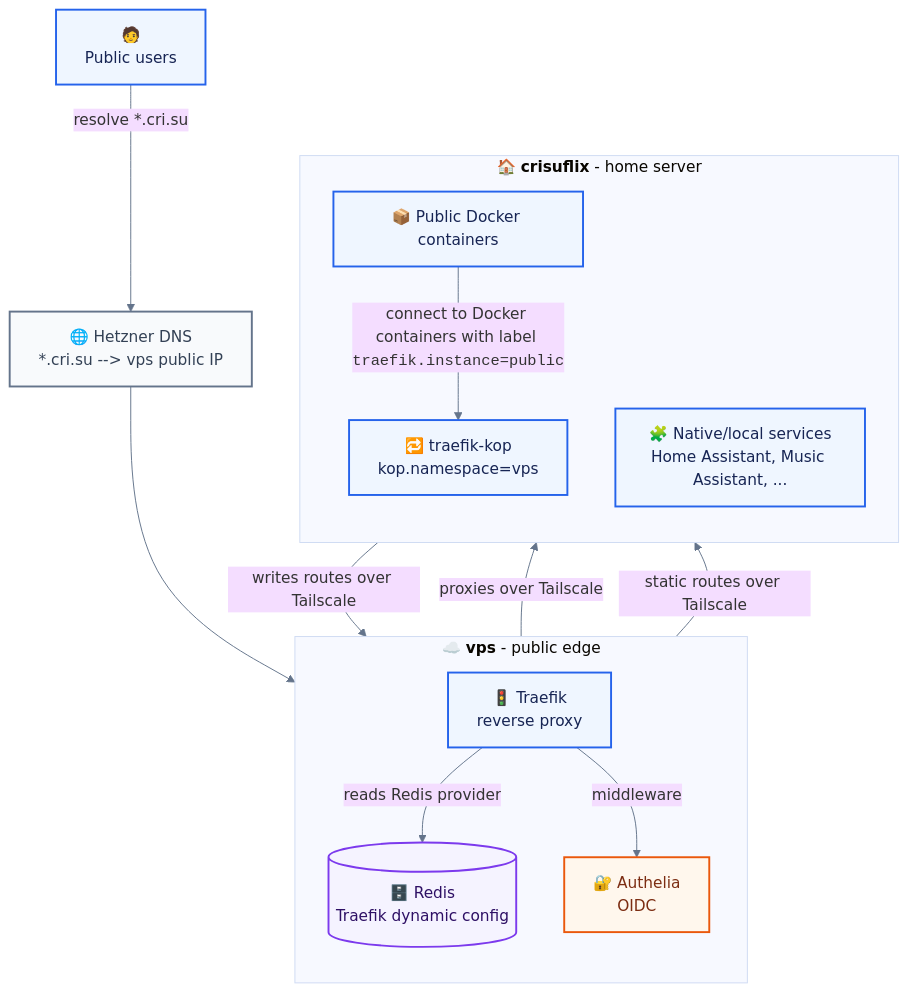
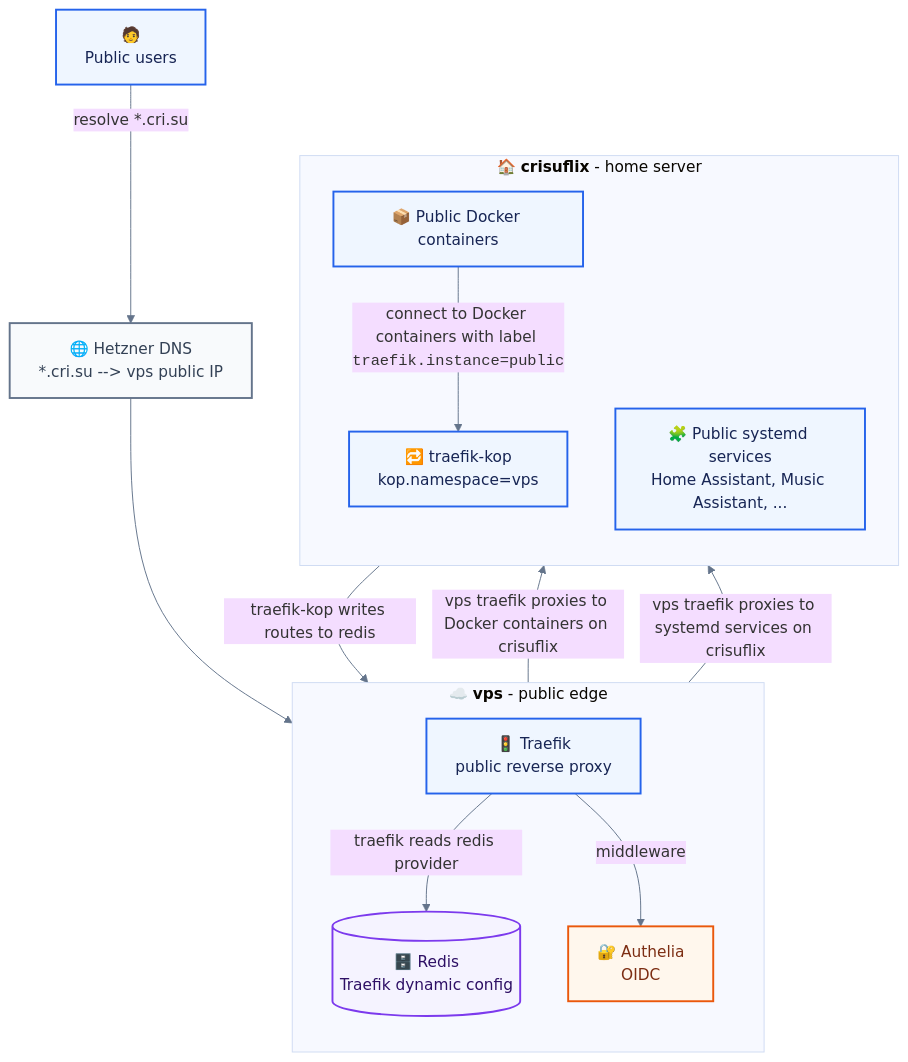
Before and after one commit to llego/nixconfig: the first of 2 diagrams in README.md, drawn with Mermaid. The commit also changed other lines of this file, not shown here.

Commit message:
mermaid diagram tweaks

````diff
--- a/README.md
+++ b/README.md
@@ -18,38 +20,38 @@
 ```mermaid
 %%{init: {"theme": "base", "themeVariables": {"fontFamily": "ui-sans-serif, system-ui, sans-serif", "primaryBorderColor": "#64748b", "lineColor": "#64748b"}}}%%
 flowchart TB
   classDef public fill:#eff6ff,stroke:#2563eb,color:#172554,stroke-width:2px
   classDef dns fill:#f8fafc,stroke:#64748b,color:#334155,stroke-width:2px
   classDef auth fill:#fff7ed,stroke:#ea580c,color:#7c2d12,stroke-width:2px
   classDef data fill:#f5f3ff,stroke:#7c3aed,color:#2e1065,stroke-width:2px
 
   subgraph PublicVPS["☁️ <strong>vps</strong> - public edge"]
     direction TB
-    EdgeTraefik["🚦 Traefik <br/> reverse proxy"]
+    EdgeTraefik["🚦 Traefik <br/> public reverse proxy"]
     Authelia["🔐 Authelia<br/>OIDC"]
     Redis[("🗄️ Redis<br/>Traefik dynamic config")]
   end
 
   subgraph PublicCrisuflix["🏠 <strong>crisuflix</strong> - home server"]
     direction TB
     Kop["🔁 traefik-kop<br/>kop.namespace=vps"]
     PublicContainers["📦 Public Docker containers"]
-    PublicLocalServices["🧩 Native/local services<br/>Home Assistant, Music Assistant, ..."]
+    PublicLocalServices["🧩 Public systemd services<br/>Home Assistant, Music Assistant, ..."]
   end
 
 
   PublicUsers["🧑<br/>Public users"] -->|resolve *.cri.su| HetznerDNS["🌐 Hetzner DNS<br/>*.cri.su --> vps public IP"] --> EdgeTraefik
   PublicContainers -->|connect to Docker containers with label <code>traefik.instance=public</code>| Kop
-  Kop -->|writes routes over Tailscale| Redis
-  EdgeTraefik -->|reads Redis provider| Redis
+  Kop -->|traefik-kop writes routes to redis| Redis
+  EdgeTraefik -->|traefik reads redis provider| Redis
   EdgeTraefik -->|middleware| Authelia
-  EdgeTraefik -->|proxies over Tailscale| PublicContainers
-  EdgeTraefik -->|static routes over Tailscale| PublicLocalServices
+  EdgeTraefik -->|vps traefik proxies to Docker containers on crisuflix| PublicContainers
+  EdgeTraefik -->|vps traefik proxies to systemd services on crisuflix| PublicLocalServices
 
   click Kop "https://github.com/jittering/traefik-kop" "Follow link"
 
   class PublicUsers,Internet,EdgeTraefik,PublicContainers,PublicLocalServices,Kop public
   class HetznerDNS dns
   class Authelia auth
   class Redis data
 ```
````
